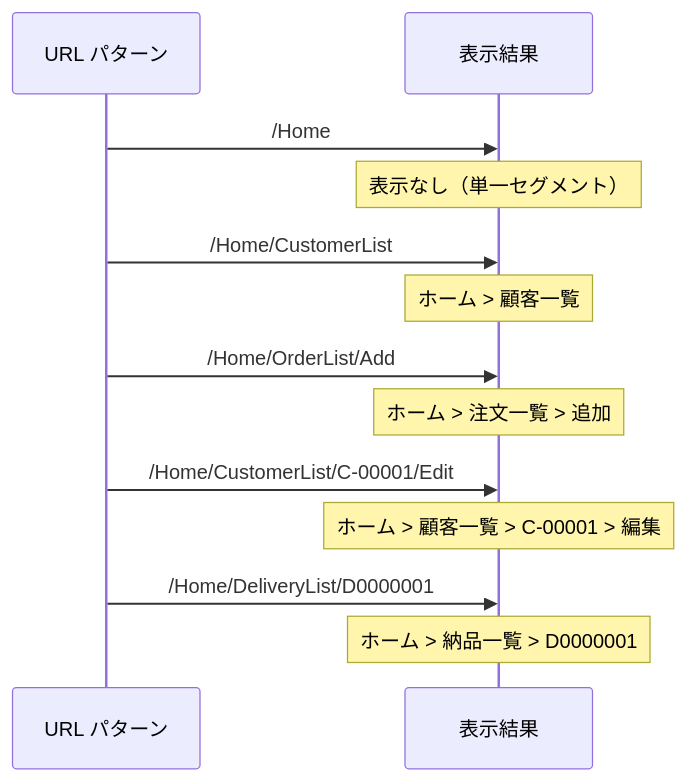
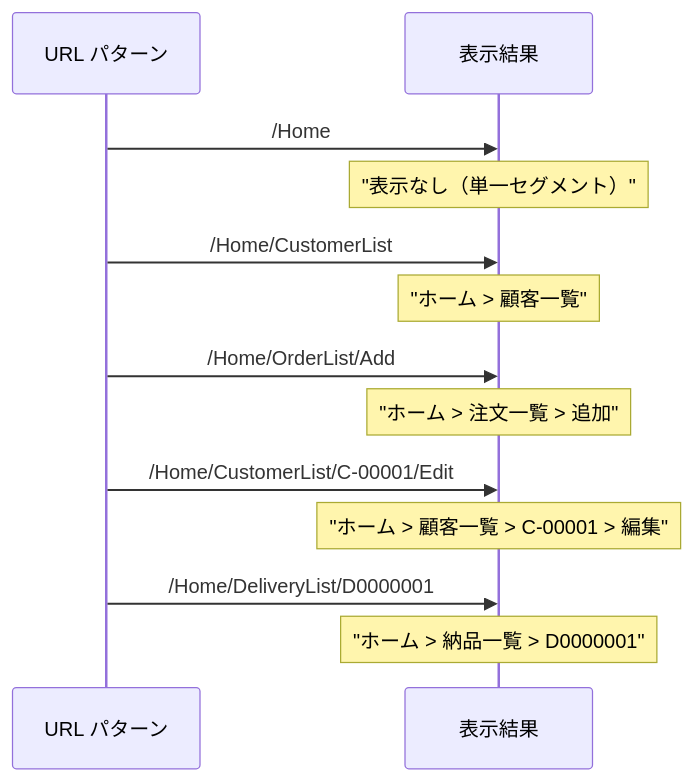
Before and after one commit to wasabi49/ocs-systemDevelopmentExercises: the eighth of 9 diagrams in document/components/sequence/Breadcrumbs.md, drawn with Mermaid. The commit also changed other lines of this file and 42 other files, not shown here.

First line of the commit message:
fix: mermaidシーケンス図のNote over文でダブルクォーテーション不足を修正

````diff
--- a/document/components/sequence/Breadcrumbs.md
+++ b/document/components/sequence/Breadcrumbs.md
@@ -160,20 +160,20 @@
 ```mermaid
 sequenceDiagram
     participant URL as URL パターン
     participant Breadcrumbs as 表示結果
 
     URL->>Breadcrumbs: /Home
-    Note over Breadcrumbs: 表示なし（単一セグメント）
+    Note over Breadcrumbs: "表示なし（単一セグメント）"
     
     URL->>Breadcrumbs: /Home/CustomerList
-    Note over Breadcrumbs: ホーム > 顧客一覧
+    Note over Breadcrumbs: "ホーム > 顧客一覧"
     
     URL->>Breadcrumbs: /Home/OrderList/Add
-    Note over Breadcrumbs: ホーム > 注文一覧 > 追加
+    Note over Breadcrumbs: "ホーム > 注文一覧 > 追加"
     
     URL->>Breadcrumbs: /Home/CustomerList/C-00001/Edit
-    Note over Breadcrumbs: ホーム > 顧客一覧 > C-00001 > 編集
+    Note over Breadcrumbs: "ホーム > 顧客一覧 > C-00001 > 編集"
     
     URL->>Breadcrumbs: /Home/DeliveryList/D0000001
-    Note over Breadcrumbs: ホーム > 納品一覧 > D0000001
+    Note over Breadcrumbs: "ホーム > 納品一覧 > D0000001"
 ```
````
